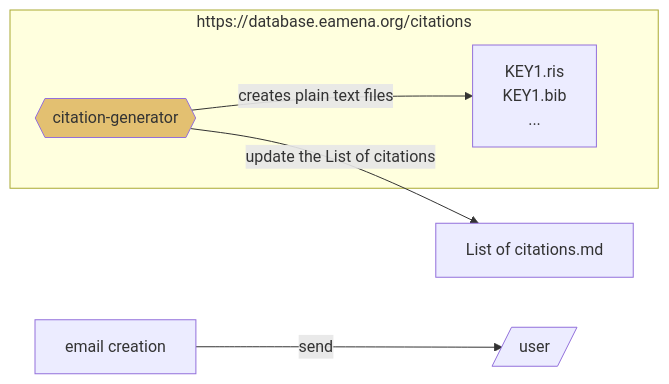
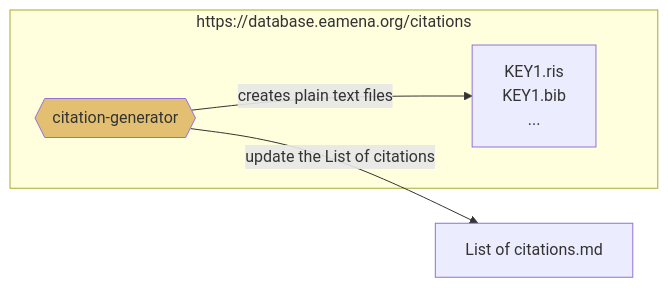
One commit to eamena-project/eamena-arches-dev changed the third of 3 diagrams in data/bibref/README.md. Above: the diagram before and after it, drawn with Mermaid.

````diff
--- a/data/bibref/README.md
+++ b/data/bibref/README.md
@@ -69,9 +69,8 @@
 ```mermaid
 flowchart LR
 	G{{citation-generator}}:::eamenaFunc -- update the List of citations --> I[List of citations.md]
 	subgraph "https://database.eamena.org/citations"
 	G -- creates plain text files --> J[KEY1.ris <br> KEY1.bib <br> ...]
 	end
-	H[email creation] -- send --> Z[/user/];
 	classDef eamenaFunc fill:#e3c071;
 ```
````
